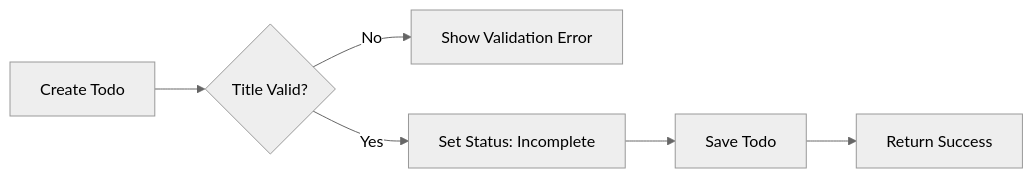
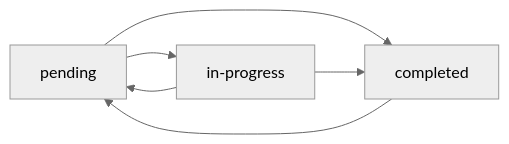
The first of 2 diagrams in deepseek/deepseek-v3.1-terminus-exacto/todo/docs/analysis/05-business-rules.md (wrtnlabs/autobe-examples), drawn with Mermaid (neutral theme) before and after one commit. The commit also changed other lines of this file and 22498 other files, not shown here.

````diff
--- a/deepseek/deepseek-v3.1-terminus-exacto/todo/docs/analysis/05-business-rules.md
+++ b/deepseek/deepseek-v3.1-terminus-exacto/todo/docs/analysis/05-business-rules.md
@@ -25,8 +39,8 @@
 ```mermaid
 graph LR
-  A["Create Todo"] --> B{"Title Valid?"}
-  B -->|"No"| C["Show Validation Error"]
-  B -->|"Yes"| D["Set Status: Incomplete"]
-  D --> E["Save Todo"]
-  E --> F["Return Success"]
+  A["pending"] --> B["in-progress"]
+  A --> C["completed"]
+  B --> C
+  B --> A
+  C --> A
 ```
````
